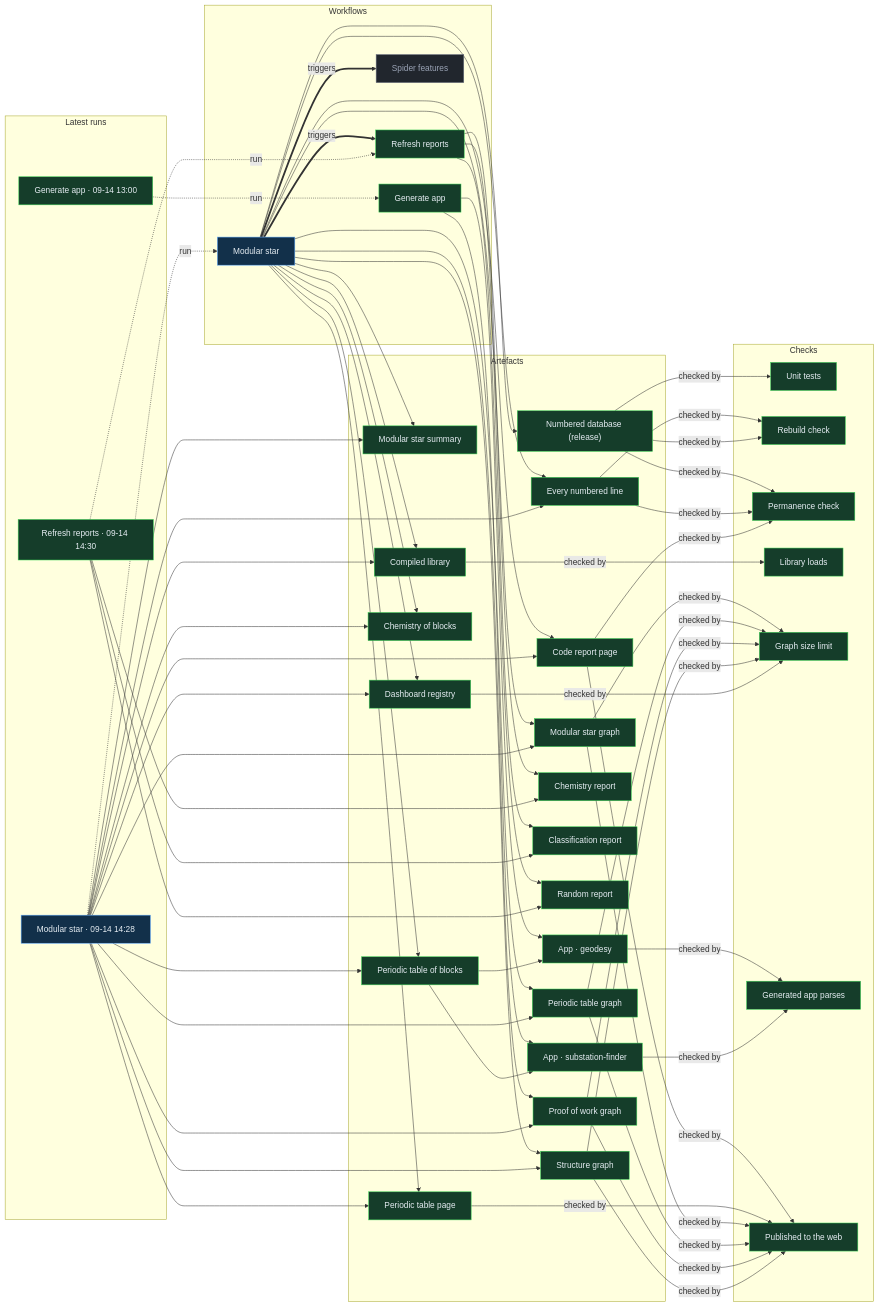
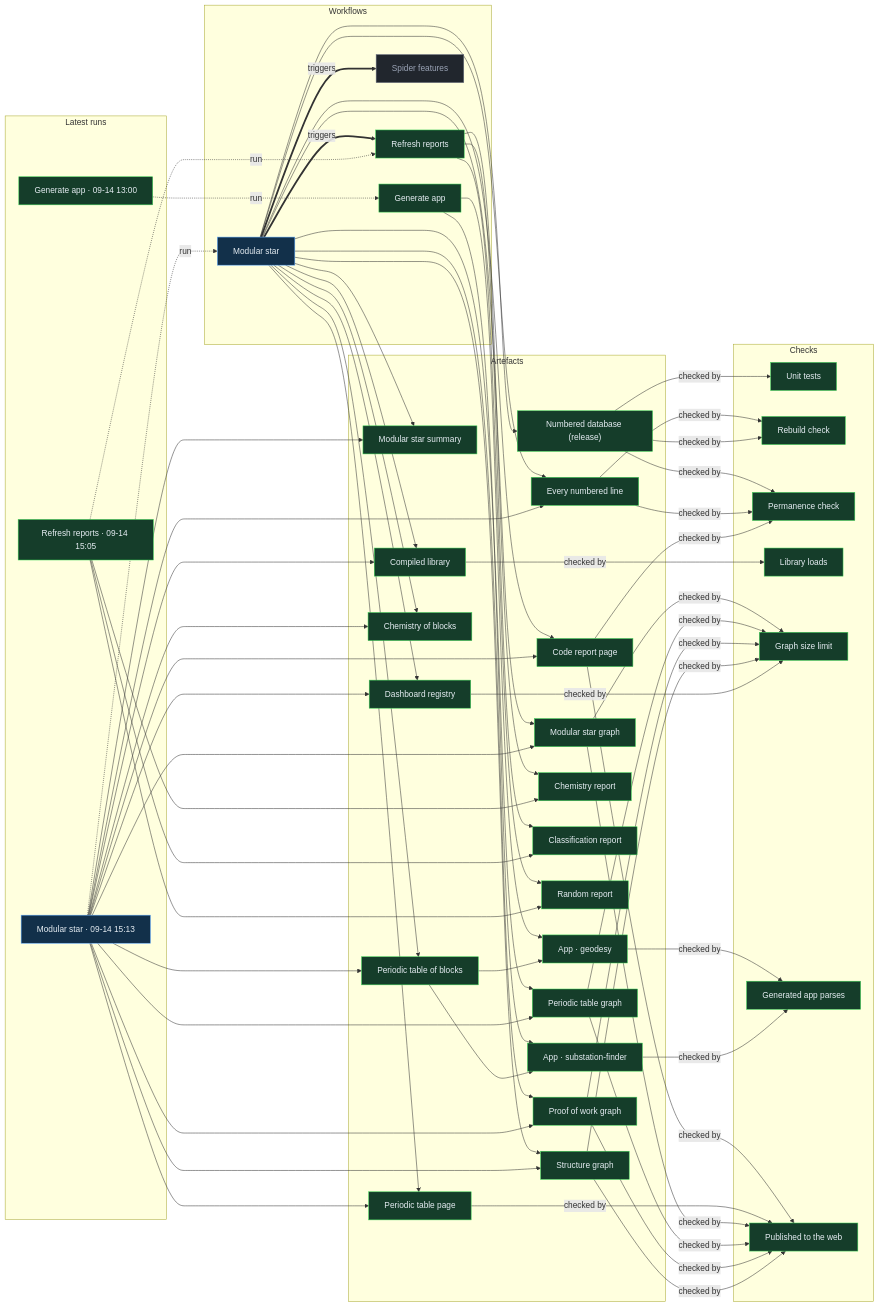
One commit to Ventusltd/stars changed the diagram in proof/PROOF.md. Above: the diagram before and after it, drawn with Mermaid. The commit also changed other lines of this file and 104 other files, not shown here.

Commit message:
Modular star 2026-09-14T15:14Z

```diff
--- a/proof/PROOF.md
+++ b/proof/PROOF.md
@@ -24,8 +24,8 @@
   n_wf_spider_features["Spider features"]:::off
   end
   subgraph g_runs["Latest runs"]
-  n_run_34855846695["Modular star · 09-14 14:28"]:::live
-  n_run_34856106141["Refresh reports · 09-14 14:30"]:::ok
+  n_run_34860728259["Modular star · 09-14 15:13"]:::live
+  n_run_34859906246["Refresh reports · 09-14 15:05"]:::ok
   n_run_34846587798["Generate app · 09-14 13:00"]:::ok
   end
   subgraph g_artefacts["Artefacts"]
@@ -59,39 +59,39 @@
   end
   n_wf_modular_star == triggers ==> n_wf_refresh
   n_wf_modular_star == triggers ==> n_wf_spider_features
-  n_run_34855846695 -. run .-> n_wf_modular_star
-  n_run_34856106141 -. run .-> n_wf_refresh
+  n_run_34860728259 -. run .-> n_wf_modular_star
+  n_run_34859906246 -. run .-> n_wf_refresh
   n_run_34846587798 -. run .-> n_wf_generate
   n_wf_modular_star --> n_art_summary
-  n_run_34855846695 --> n_art_summary
+  n_run_34860728259 --> n_art_summary
   n_wf_modular_star --> n_art_lines
-  n_run_34855846695 --> n_art_lines
+  n_run_34860728259 --> n_art_lines
   n_wf_modular_star --> n_art_code
-  n_run_34855846695 --> n_art_code
+  n_run_34860728259 --> n_art_code
   n_wf_modular_star --> n_art_modular_graph
-  n_run_34855846695 --> n_art_modular_graph
+  n_run_34860728259 --> n_art_modular_graph
   n_wf_modular_star --> n_art_blocks
-  n_run_34855846695 --> n_art_blocks
+  n_run_34860728259 --> n_art_blocks
   n_wf_modular_star --> n_art_table
-  n_run_34855846695 --> n_art_table
+  n_run_34860728259 --> n_art_table
   n_wf_modular_star --> n_art_blocks_graph
-  n_run_34855846695 --> n_art_blocks_graph
+  n_run_34860728259 --> n_art_blocks_graph
   n_wf_modular_star --> n_art_reactions
-  n_run_34855846695 --> n_art_reactions
+  n_run_34860728259 --> n_art_reactions
   n_wf_modular_star --> n_art_library
-  n_run_34855846695 --> n_art_library
+  n_run_34860728259 --> n_art_library
   n_wf_modular_star --> n_art_features
-  n_run_34855846695 --> n_art_features
+  n_run_34860728259 --> n_art_features
   n_wf_modular_star --> n_art_proof
-  n_run_34855846695 --> n_art_proof
+  n_run_34860728259 --> n_art_proof
   n_wf_modular_star --> n_art_structure
-  n_run_34855846695 --> n_art_structure
+  n_run_34860728259 --> n_art_structure
   n_wf_refresh --> n_art_chemistry
-  n_run_34856106141 --> n_art_chemistry
+  n_run_34859906246 --> n_art_chemistry
   n_wf_refresh --> n_art_vedic
-  n_run_34856106141 --> n_art_vedic
+  n_run_34859906246 --> n_art_vedic
   n_wf_refresh --> n_art_random
-  n_run_34856106141 --> n_art_random
+  n_run_34859906246 --> n_art_random
   n_wf_modular_star --> n_art_release
   n_wf_generate --> n_app_geodesy
   n_art_blocks --> n_app_geodesy
```
